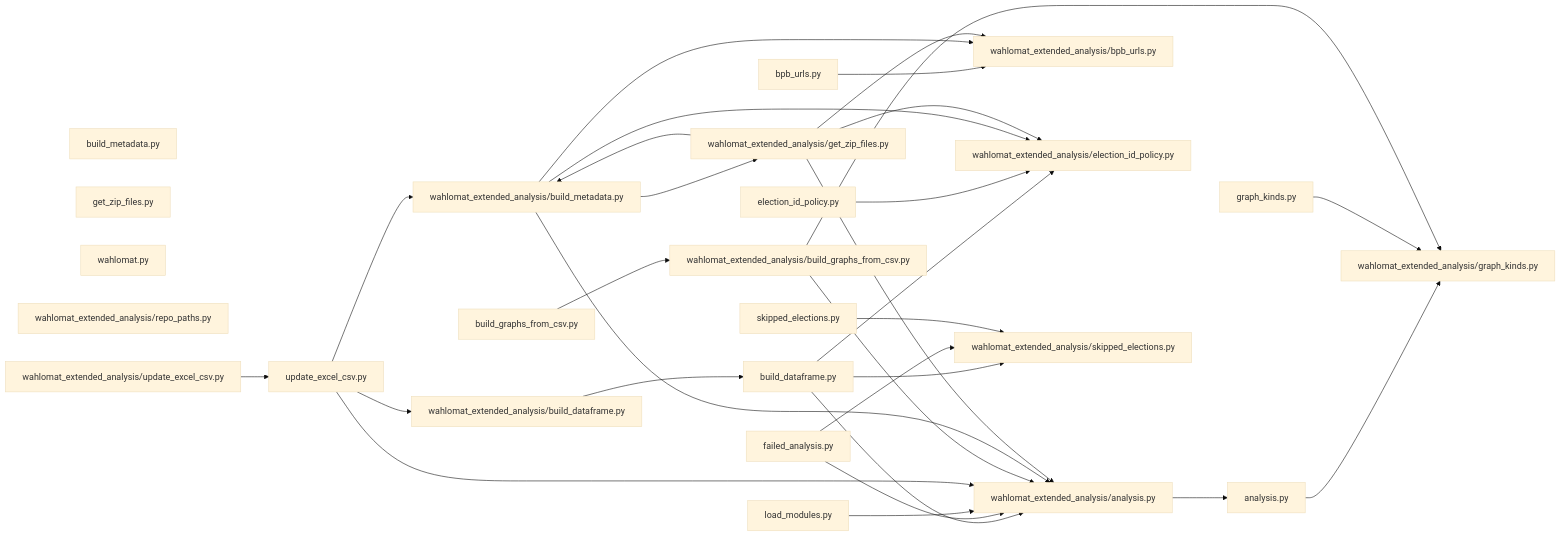
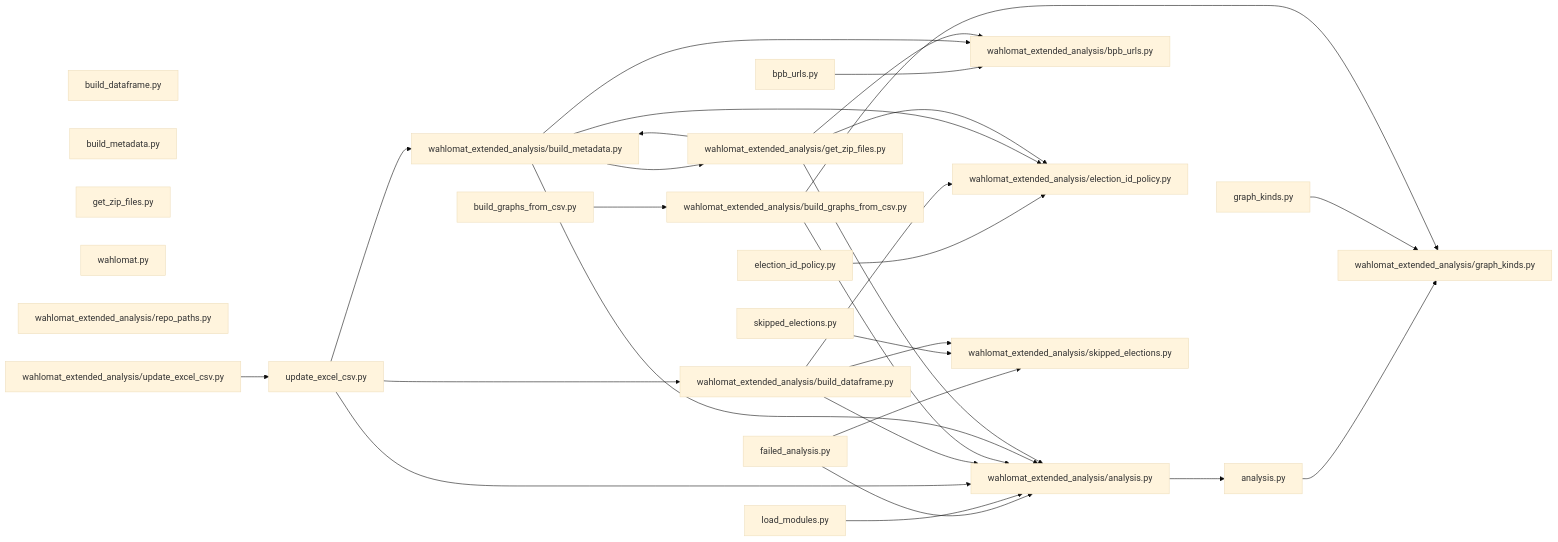
One commit to skbormann/wahlomat-extended-analysis changed the second of 2 diagrams in docs/ARCHITECTURE.md. Above: the diagram before and after it, drawn with Mermaid (base theme). The commit also changed 2 other files, not shown here.

Commit message:
Move build_dataframe into package.
Preserve legacy build_dataframe import and CLI behavior by aliasing the root module path to the package implementation, and update the generated architecture graph.

Made-with: Cursor

````diff
--- a/docs/ARCHITECTURE.md
+++ b/docs/ARCHITECTURE.md
@@ -57,55 +57,54 @@
 ```mermaid
 flowchart LR
   m_analysis["analysis.py"]
   m_bpb_urls["bpb_urls.py"]
   m_build_dataframe["build_dataframe.py"]
   m_build_graphs_from_csv["build_graphs_from_csv.py"]
   m_build_metadata["build_metadata.py"]
   m_election_id_policy["election_id_policy.py"]
   m_failed_analysis["failed_analysis.py"]
   m_get_zip_files["get_zip_files.py"]
   m_graph_kinds["graph_kinds.py"]
   m_load_modules["load_modules.py"]
   m_skipped_elections["skipped_elections.py"]
   m_update_excel_csv["update_excel_csv.py"]
   m_wahlomat["wahlomat.py"]
   m_wahlomat_extended_analysis_analysis["wahlomat_extended_analysis/analysis.py"]
   m_wahlomat_extended_analysis_bpb_urls["wahlomat_extended_analysis/bpb_urls.py"]
   m_wahlomat_extended_analysis_build_dataframe["wahlomat_extended_analysis/build_dataframe.py"]
   m_wahlomat_extended_analysis_build_graphs_from_csv["wahlomat_extended_analysis/build_graphs_from_csv.py"]
   m_wahlomat_extended_analysis_build_metadata["wahlomat_extended_analysis/build_metadata.py"]
   m_wahlomat_extended_analysis_election_id_policy["wahlomat_extended_analysis/election_id_policy.py"]
   m_wahlomat_extended_analysis_get_zip_files["wahlomat_extended_analysis/get_zip_files.py"]
   m_wahlomat_extended_analysis_graph_kinds["wahlomat_extended_analysis/graph_kinds.py"]
   m_wahlomat_extended_analysis_repo_paths["wahlomat_extended_analysis/repo_paths.py"]
   m_wahlomat_extended_analysis_skipped_elections["wahlomat_extended_analysis/skipped_elections.py"]
   m_wahlomat_extended_analysis_update_excel_csv["wahlomat_extended_analysis/update_excel_csv.py"]
   m_analysis --> m_wahlomat_extended_analysis_graph_kinds
   m_bpb_urls --> m_wahlomat_extended_analysis_bpb_urls
-  m_build_dataframe --> m_wahlomat_extended_analysis_analysis
-  m_build_dataframe --> m_wahlomat_extended_analysis_election_id_policy
-  m_build_dataframe --> m_wahlomat_extended_analysis_skipped_elections
   m_build_graphs_from_csv --> m_wahlomat_extended_analysis_build_graphs_from_csv
   m_election_id_policy --> m_wahlomat_extended_analysis_election_id_policy
   m_failed_analysis --> m_wahlomat_extended_analysis_analysis
   m_failed_analysis --> m_wahlomat_extended_analysis_skipped_elections
   m_graph_kinds --> m_wahlomat_extended_analysis_graph_kinds
   m_load_modules --> m_wahlomat_extended_analysis_analysis
   m_skipped_elections --> m_wahlomat_extended_analysis_skipped_elections
   m_update_excel_csv --> m_wahlomat_extended_analysis_analysis
   m_update_excel_csv --> m_wahlomat_extended_analysis_build_dataframe
   m_update_excel_csv --> m_wahlomat_extended_analysis_build_metadata
   m_wahlomat_extended_analysis_analysis --> m_analysis
-  m_wahlomat_extended_analysis_build_dataframe --> m_build_dataframe
+  m_wahlomat_extended_analysis_build_dataframe --> m_wahlomat_extended_analysis_analysis
+  m_wahlomat_extended_analysis_build_dataframe --> m_wahlomat_extended_analysis_election_id_policy
+  m_wahlomat_extended_analysis_build_dataframe --> m_wahlomat_extended_analysis_skipped_elections
   m_wahlomat_extended_analysis_build_graphs_from_csv --> m_wahlomat_extended_analysis_analysis
   m_wahlomat_extended_analysis_build_graphs_from_csv --> m_wahlomat_extended_analysis_graph_kinds
   m_wahlomat_extended_analysis_build_metadata --> m_wahlomat_extended_analysis_analysis
   m_wahlomat_extended_analysis_build_metadata --> m_wahlomat_extended_analysis_bpb_urls
   m_wahlomat_extended_analysis_build_metadata --> m_wahlomat_extended_analysis_election_id_policy
   m_wahlomat_extended_analysis_build_metadata --> m_wahlomat_extended_analysis_get_zip_files
   m_wahlomat_extended_analysis_get_zip_files --> m_wahlomat_extended_analysis_analysis
   m_wahlomat_extended_analysis_get_zip_files --> m_wahlomat_extended_analysis_bpb_urls
   m_wahlomat_extended_analysis_get_zip_files --> m_wahlomat_extended_analysis_build_metadata
   m_wahlomat_extended_analysis_get_zip_files --> m_wahlomat_extended_analysis_election_id_policy
   m_wahlomat_extended_analysis_update_excel_csv --> m_update_excel_csv
 ```
````
